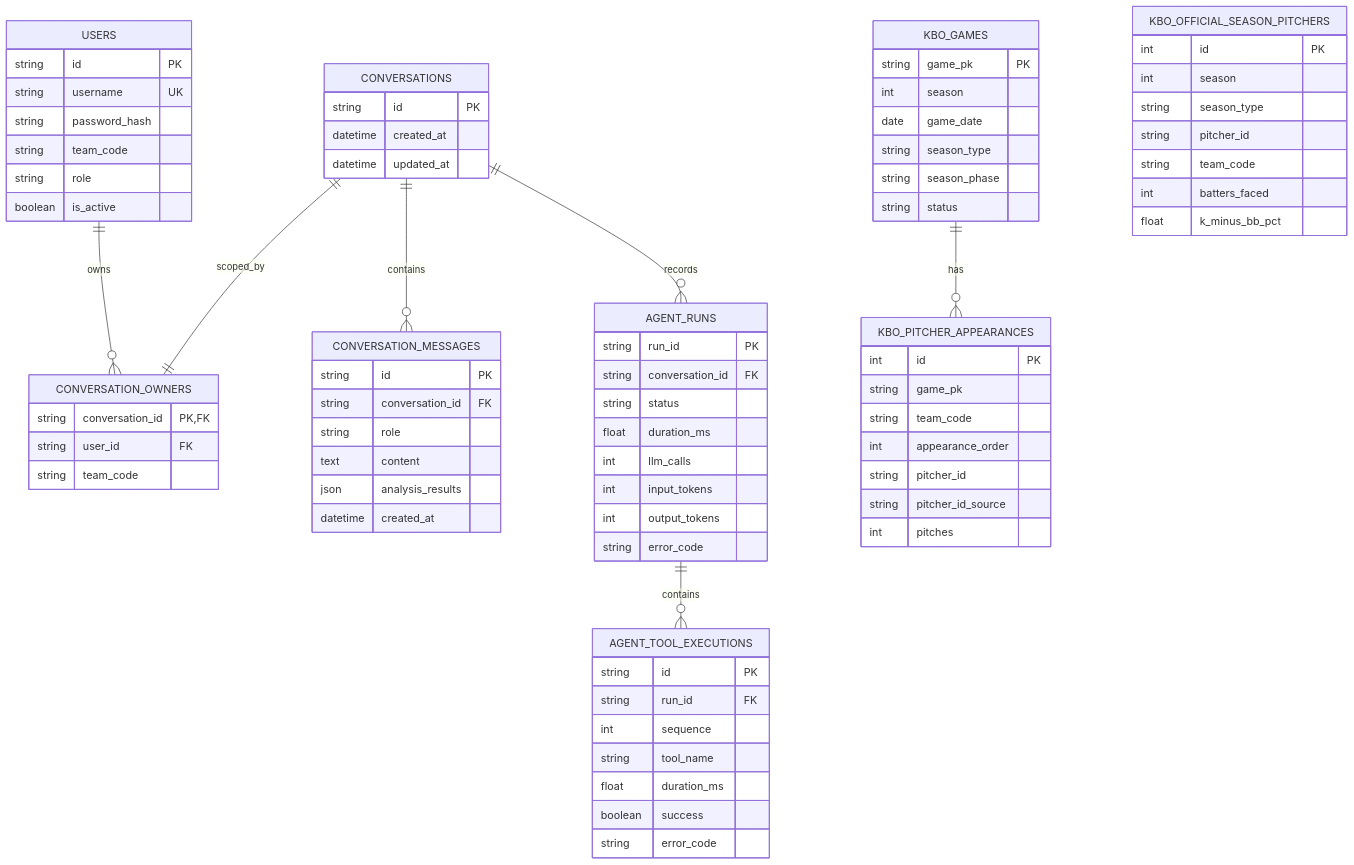
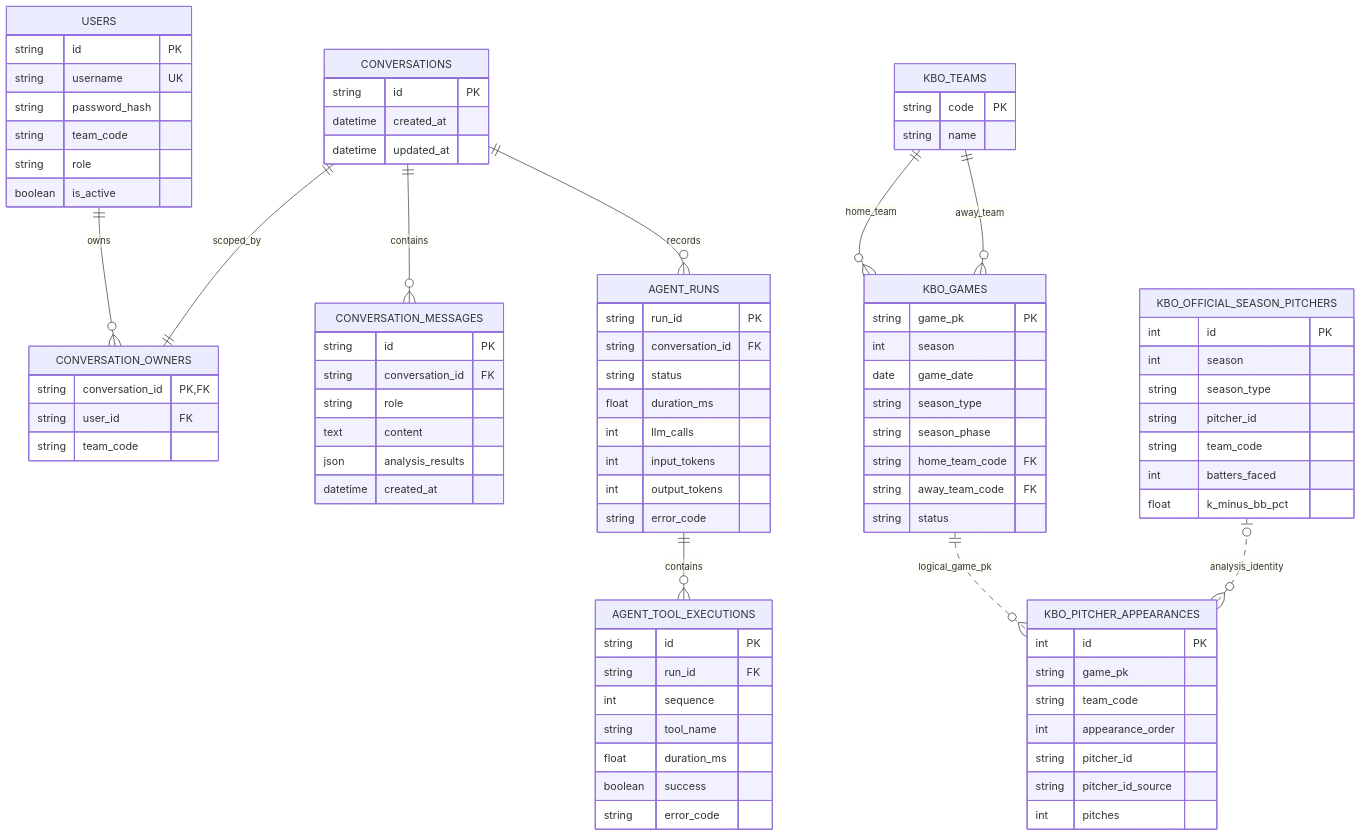
One commit to nurget/dugout-ai changed the second of 3 diagrams in docs/design.md. Above: the diagram before and after it, drawn with Mermaid. The commit also changed other lines of this file and 11 other files, not shown here.

```diff
--- a/docs/design.md
+++ b/docs/design.md
@@ -41,7 +103,10 @@
     CONVERSATIONS ||--o{ CONVERSATION_MESSAGES : contains
     CONVERSATIONS ||--o{ AGENT_RUNS : records
     AGENT_RUNS ||--o{ AGENT_TOOL_EXECUTIONS : contains
-    KBO_GAMES ||--o{ KBO_PITCHER_APPEARANCES : has
+    KBO_TEAMS ||--o{ KBO_GAMES : home_team
+    KBO_TEAMS ||--o{ KBO_GAMES : away_team
+    KBO_GAMES ||..o{ KBO_PITCHER_APPEARANCES : logical_game_pk
+    KBO_OFFICIAL_SEASON_PITCHERS o|..o{ KBO_PITCHER_APPEARANCES : analysis_identity
 
     USERS {
         string id PK
@@ -88,12 +153,18 @@
         boolean success
         string error_code
     }
+    KBO_TEAMS {
+        string code PK
+        string name
+    }
     KBO_GAMES {
         string game_pk PK
         int season
         date game_date
         string season_type
         string season_phase
+        string home_team_code FK
+        string away_team_code FK
         string status
     }
     KBO_PITCHER_APPEARANCES {
```
